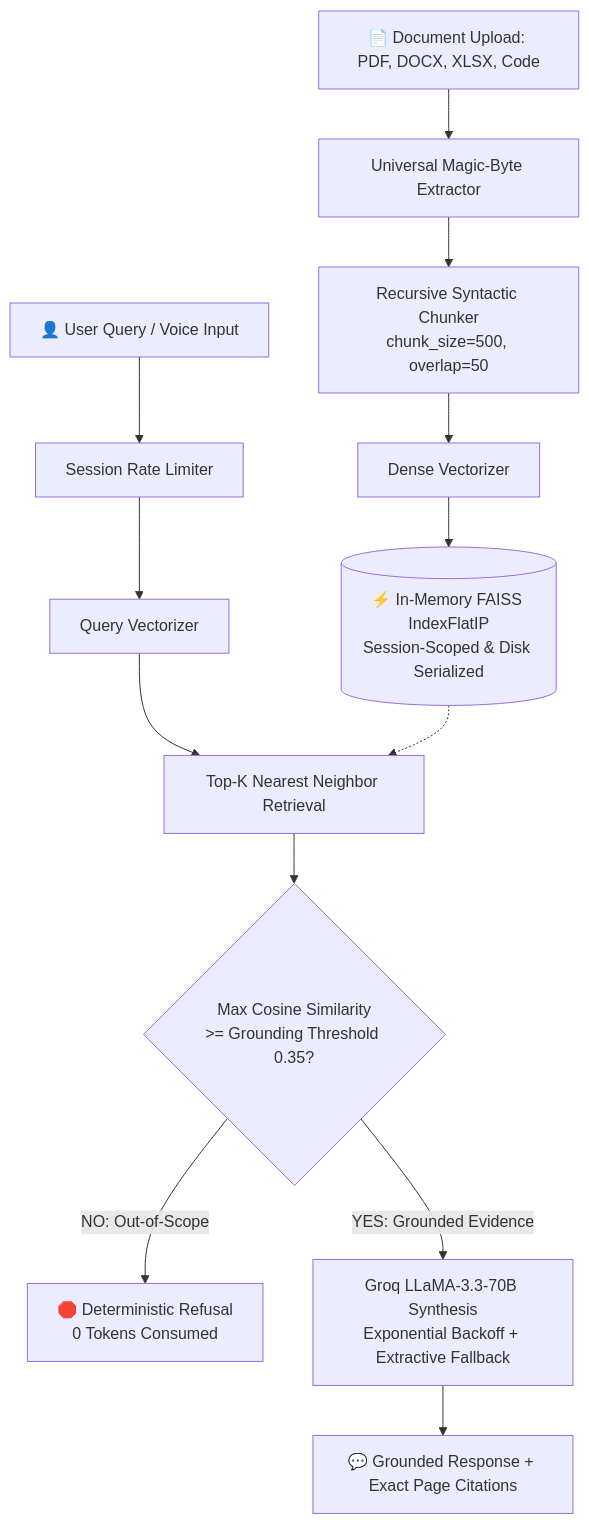
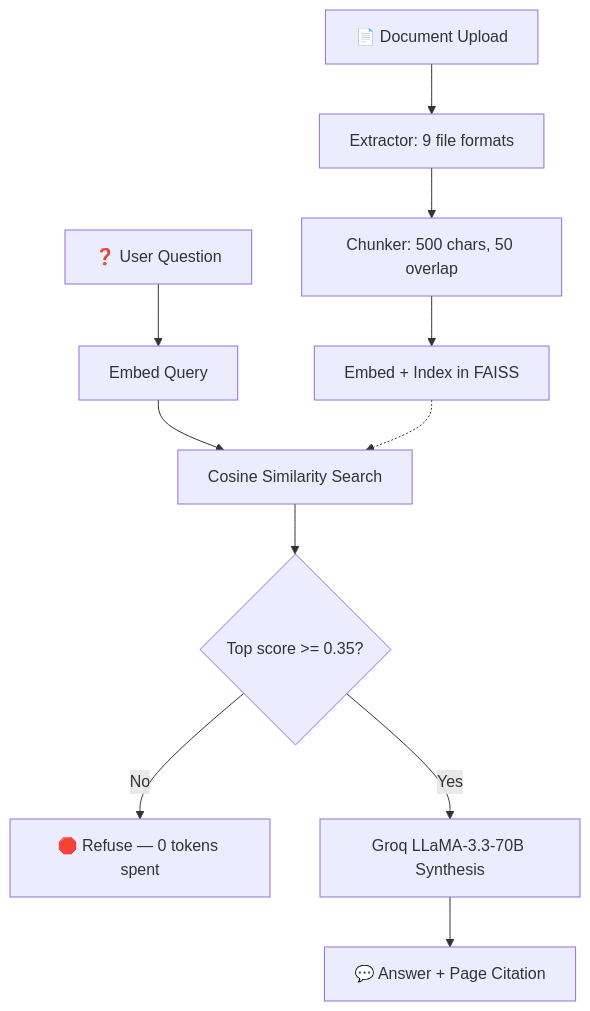
The diagram in README.md (Sathvik1533/pdf-rag-chat), drawn with Mermaid before and after one commit. The commit also changed other lines of this file, not shown here.

````diff
--- a/README.md
+++ b/README.md
@@ -91,19 +37,15 @@
 ```mermaid
 flowchart TD
-    A[📄 Document Upload: PDF, DOCX, XLSX, Code] --> B[Universal Magic-Byte Extractor]
-    B --> C[Recursive Syntactic Chunker\nchunk_size=500, overlap=50]
-    C --> D[Dense Vectorizer]
-    D --> E[(⚡ In-Memory FAISS IndexFlatIP\nSession-Scoped & Disk Serialized)]
-    
-    F[👤 User Query / Voice Input] --> G[Session Rate Limiter]
-    G --> H[Query Vectorizer]
-    H --> I[Top-K Nearest Neighbor Retrieval]
-    E -.-> I
-    
-    I --> J{Max Cosine Similarity\n>= Grounding Threshold 0.35?}
-    
-    J -- NO: Out-of-Scope --> K[🛑 Deterministic Refusal\n0 Tokens Consumed]
-    
-    J -- YES: Grounded Evidence --> L[Groq LLaMA-3.3-70B Synthesis\nExponential Backoff + Extractive Fallback]
-    L --> M[💬 Grounded Response + Exact Page Citations]
+    A[📄 Document Upload] --> B[Extractor: 9 file formats]
+    B --> C[Chunker: 500 chars, 50 overlap]
+    C --> D[Embed + Index in FAISS]
+
+    E[❓ User Question] --> F[Embed Query]
+    F --> G[Cosine Similarity Search]
+    D -.-> G
+
+    G --> H{Top score >= 0.35?}
+    H -- No --> I[🛑 Refuse — 0 tokens spent]
+    H -- Yes --> J[Groq LLaMA-3.3-70B Synthesis]
+    J --> K[💬 Answer + Page Citation]
 ```
````
